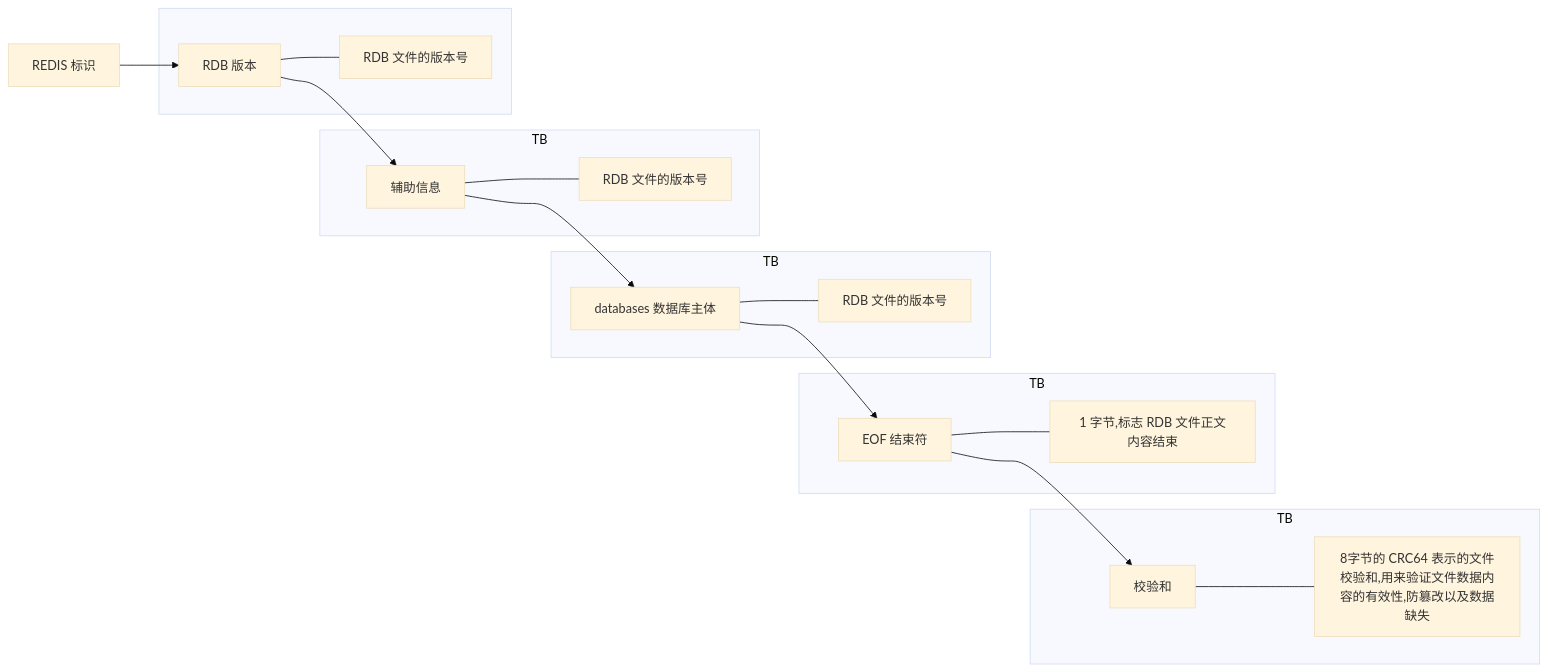
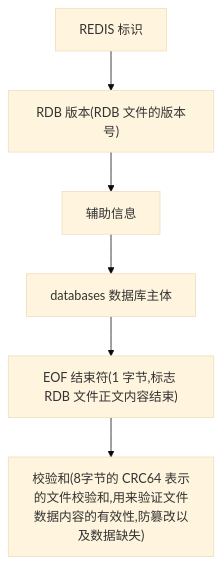
One commit to q66217910/My-Humiliated-story changed the first of 3 diagrams in database/redis/redis.md. Above: the diagram before and after it, drawn with Mermaid (base theme). The commit also changed other lines of this file, not shown here.

Commit message:
redis.md

````diff
--- a/database/redis/redis.md
+++ b/database/redis/redis.md
@@ -3596,23 +3618,8 @@
 ```mermaid
-graph LR;
-	1[REDIS 标识]-->2[RDB 版本]
-	subgraph  
-	2---B[RDB 文件的版本号]
-	end
-	2-->3[辅助信息]
-	subgraph  TB
-	3---C[RDB 文件的版本号]
-	end
-	3-->4[databases 数据库主体]
-	subgraph  TB
-	4---D[RDB 文件的版本号]
-	end
-	4-->5[EOF 结束符]
-	subgraph  TB
-	5---E[1 字节,标志 RDB 文件正文内容结束]
-	end
-	5-->6[校验和]
-	subgraph  TB
-	6---F[8字节的 CRC64 表示的文件校验和,用来验证文件数据内容的有效性,防篡改以及数据缺失]
-	end
+graph TB;
+	1[REDIS 标识]-->2["RDB 版本(RDB 文件的版本号)"]
+	2-->3["辅助信息"]
+	3-->4["databases 数据库主体"]
+	4-->5["EOF 结束符(1 字节,标志 RDB 文件正文内容结束)"]
+	5-->6["校验和(8字节的 CRC64 表示的文件校验和,用来验证文件数据内容的有效性,防篡改以及数据缺失)"]
 ```
````
